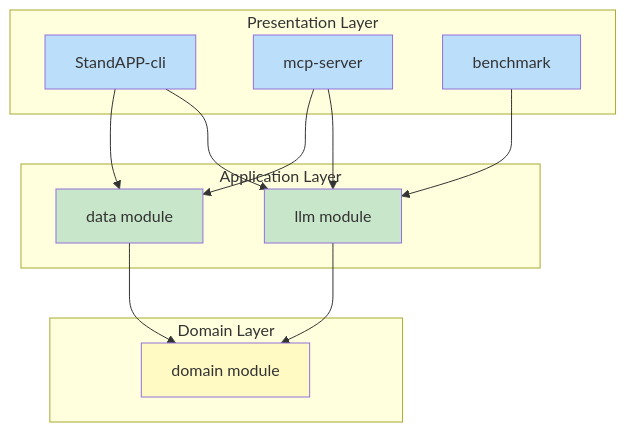
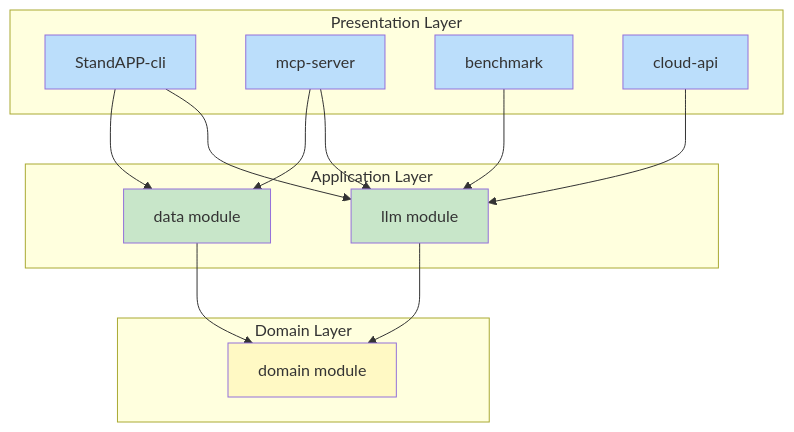
Before and after one commit to michalharakal/Daily-StandAPP: the first of 2 diagrams in docs/modules/architecture/pages/04-solution-strategy.adoc, drawn with Mermaid. The commit also changed 7 other files, not shown here.

First line of the commit message:
Update arc42 architecture docs to include cloud-api module

```diff
--- a/docs/modules/architecture/pages/04-solution-strategy.adoc
+++ b/docs/modules/architecture/pages/04-solution-strategy.adoc
@@ -41,34 +41,37 @@
 [mermaid]
 ----
 graph TB
     subgraph "Presentation Layer"
         CLI[StandAPP-cli]
         MCP[mcp-server]
         BENCH[benchmark]
+        CLOUD[cloud-api]
     end
 
     subgraph "Application Layer"
         LLM[llm module]
         DATA[data module]
     end
 
     subgraph "Domain Layer"
         DOMAIN[domain module]
     end
 
     CLI --> LLM
     CLI --> DATA
     MCP --> LLM
     MCP --> DATA
     BENCH --> LLM
+    CLOUD --> LLM
 
     LLM --> DOMAIN
     DATA --> DOMAIN
 
     style CLI fill:#bbdefb
     style MCP fill:#bbdefb
     style BENCH fill:#bbdefb
+    style CLOUD fill:#bbdefb
     style LLM fill:#c8e6c9
     style DATA fill:#c8e6c9
     style DOMAIN fill:#fff9c4
 ----
```
